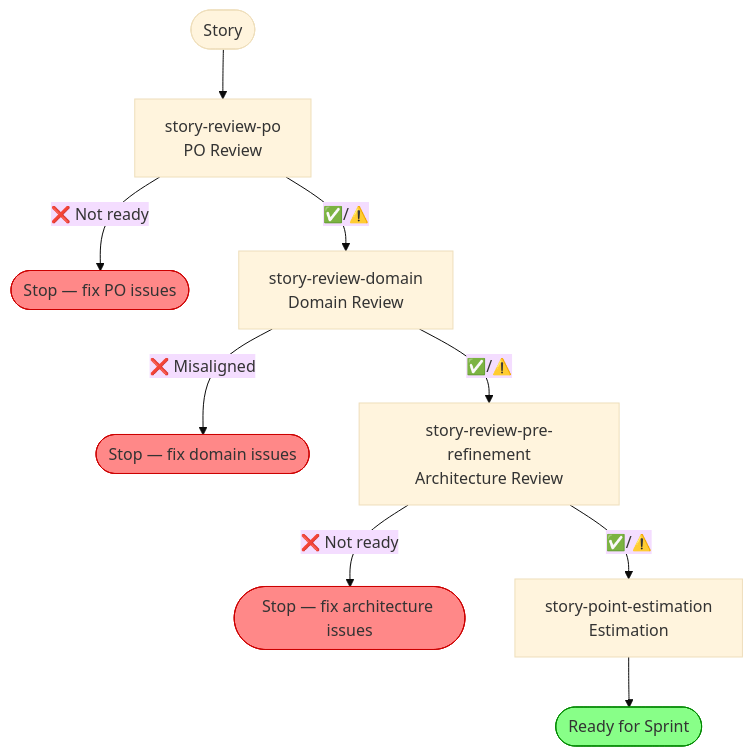
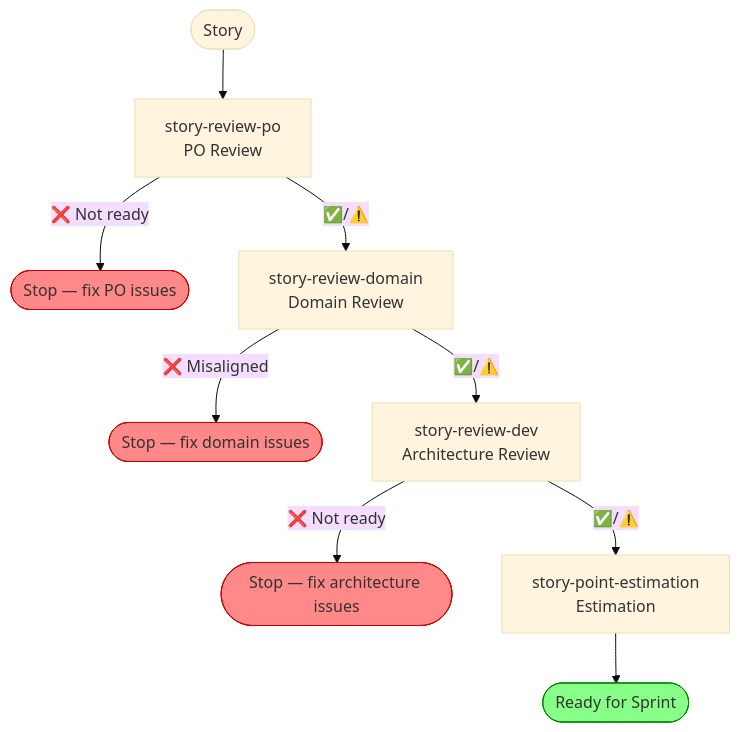
The first of 2 diagrams in plugins/fincent/README.md (JSdotNet/Copilot), drawn with Mermaid (base theme) before and after one commit. The commit also changed other lines of this file and 5 other files, not shown here.

First line of the commit message:
refactor(fincent): rename story-review-pre-refinement to story-review-dev

````diff
--- a/plugins/fincent/README.md
+++ b/plugins/fincent/README.md
@@ -11,16 +11,16 @@
 ```mermaid
 flowchart TD
     A([Story]) --> B[story-review-po\nPO Review]
     B -->|❌ Not ready| B_STOP([Stop — fix PO issues])
     B -->|✅/⚠️| C[story-review-domain\nDomain Review]
     C -->|❌ Misaligned| C_STOP([Stop — fix domain issues])
-    C -->|✅/⚠️| D[story-review-pre-refinement\nArchitecture Review]
+    C -->|✅/⚠️| D[story-review-dev\nArchitecture Review]
     D -->|❌ Not ready| D_STOP([Stop — fix architecture issues])
     D -->|✅/⚠️| E[story-point-estimation\nEstimation]
     E --> F([Ready for Sprint])
 
     style B_STOP fill:#f88,stroke:#c00
     style C_STOP fill:#f88,stroke:#c00
     style D_STOP fill:#f88,stroke:#c00
     style F fill:#8f8,stroke:#080
 ```
````
